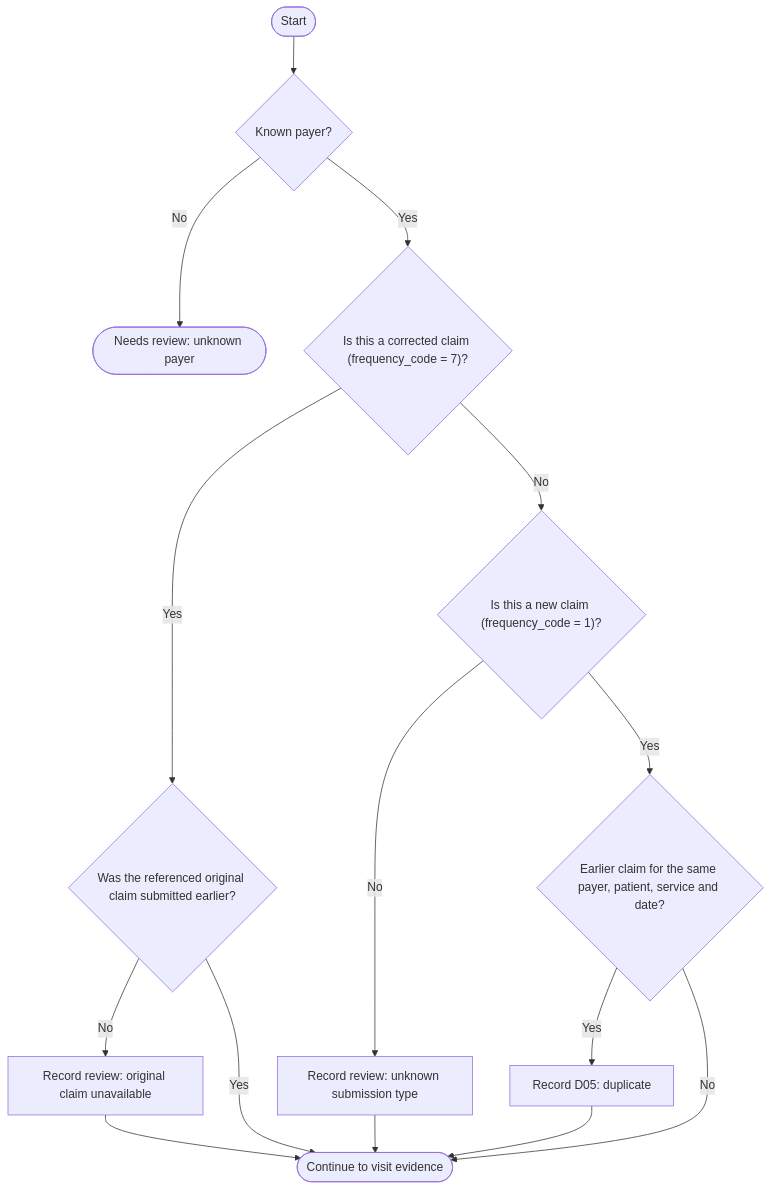
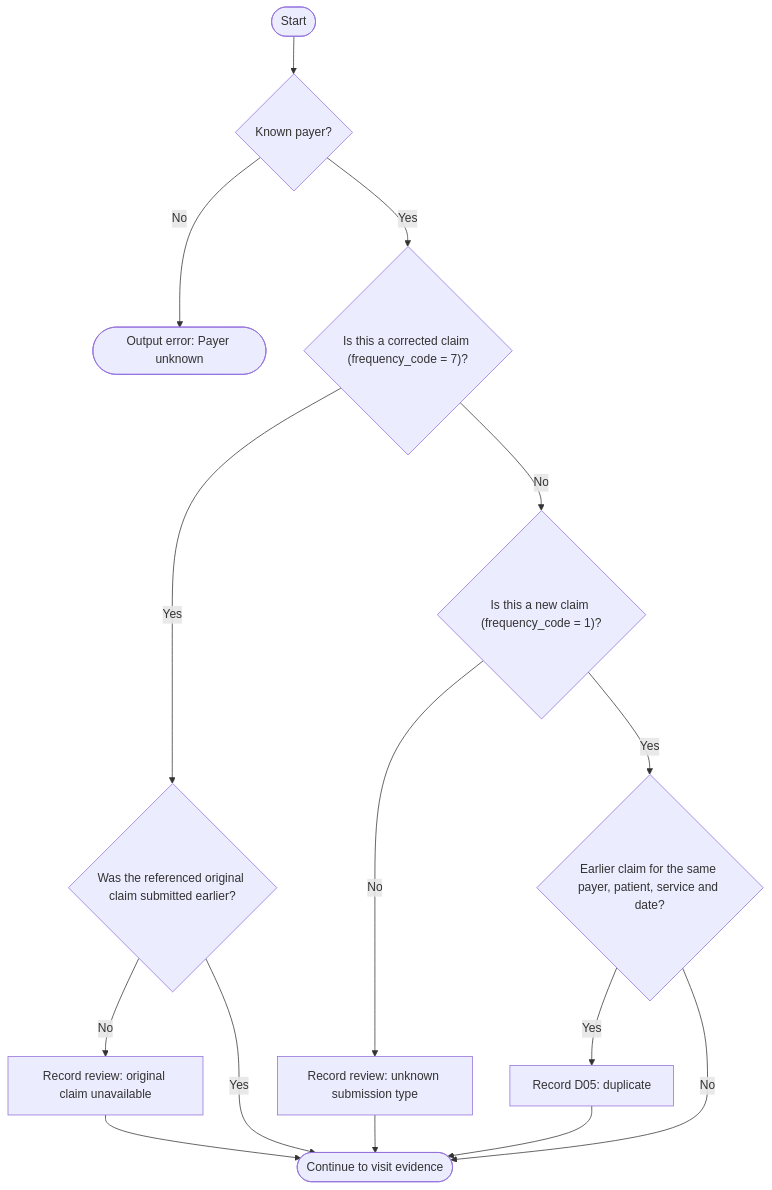
One commit to Mariam-18/exchange4health-claims changed the first of 7 diagrams in checker/README.md. Above: the diagram before and after it, drawn with Mermaid.

Commit message:
Make the unknown payer error explicit in the first checker flowchart

````diff
--- a/checker/README.md
+++ b/checker/README.md
@@ -18,18 +18,18 @@
 ```mermaid
 flowchart TD
 S(["Start"]) --> P{"Known payer?"}
-    P -->|No| U(["Needs review: unknown payer"])
+    P -->|No| U(["Output error: Payer unknown"])
     P -->|Yes| K{"Is this a corrected claim (frequency_code = 7)?"}
     K -->|Yes| O{"Was the referenced original claim submitted earlier?"}
     O -->|No| OR["Record review: original claim unavailable"]
     O -->|Yes| V
     K -->|No| N{"Is this a new claim (frequency_code = 1)?"}
     N -->|No| NR["Record review: unknown submission type"]
     N -->|Yes| D{"Earlier claim for the same payer, patient, service and date?"}
     D -->|Yes| D5["Record D05: duplicate"]
     D -->|No| V
     OR --> V
     NR --> V
     D5 --> V
     V(["Continue to visit evidence"])
 ```
````
